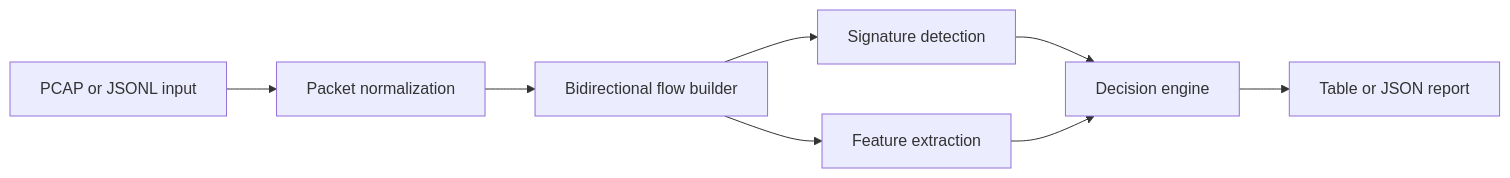
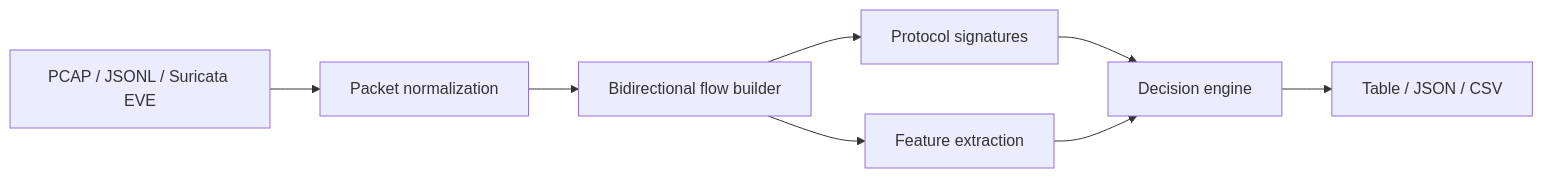
One commit to koppx/cryptoflow-agent changed the diagram in README.md. Above: the diagram before and after it, drawn with Mermaid. The commit also changed other lines of this file, not shown here.

````diff
--- a/README.md
+++ b/README.md
@@ -119,10 +183,10 @@
 ```mermaid
 flowchart LR
-    A[PCAP or JSONL input] --> B[Packet normalization]
+    A[PCAP / JSONL / Suricata EVE] --> B[Packet normalization]
     B --> C[Bidirectional flow builder]
-    C --> D[Signature detection]
+    C --> D[Protocol signatures]
     C --> E[Feature extraction]
     D --> F[Decision engine]
     E --> F
-    F --> G[Table or JSON report]
+    F --> G[Table / JSON / CSV]
 ```
````
